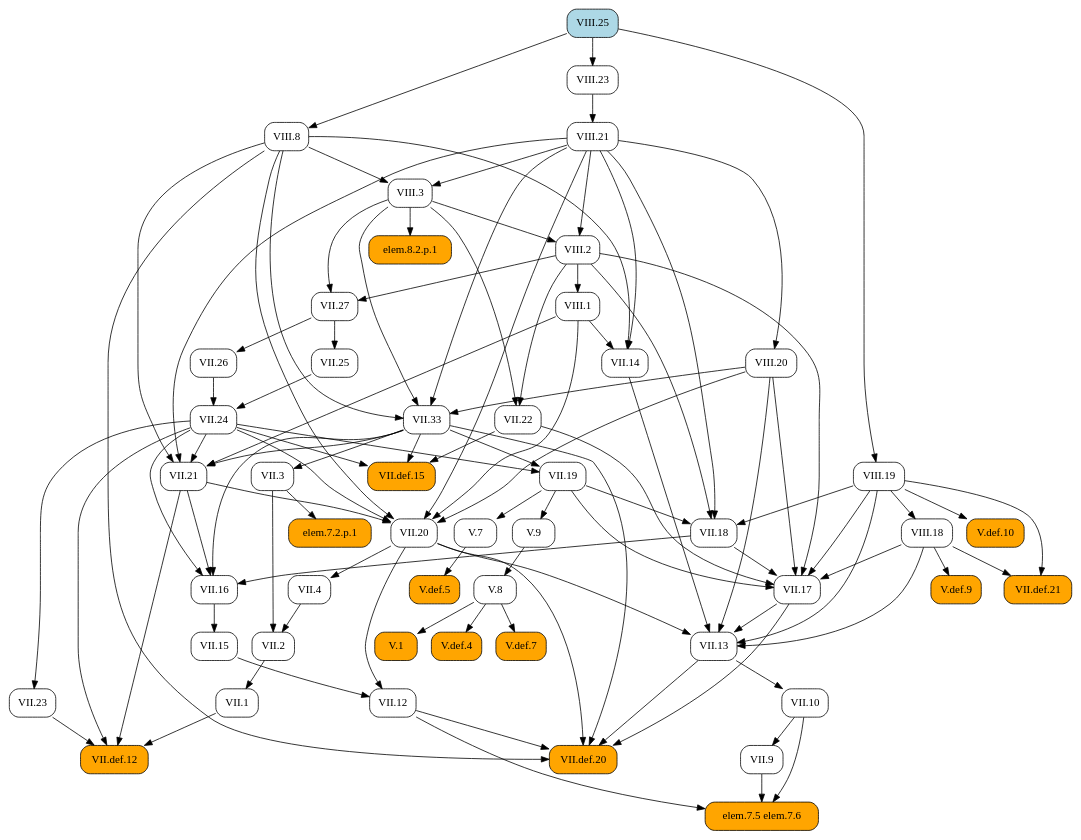
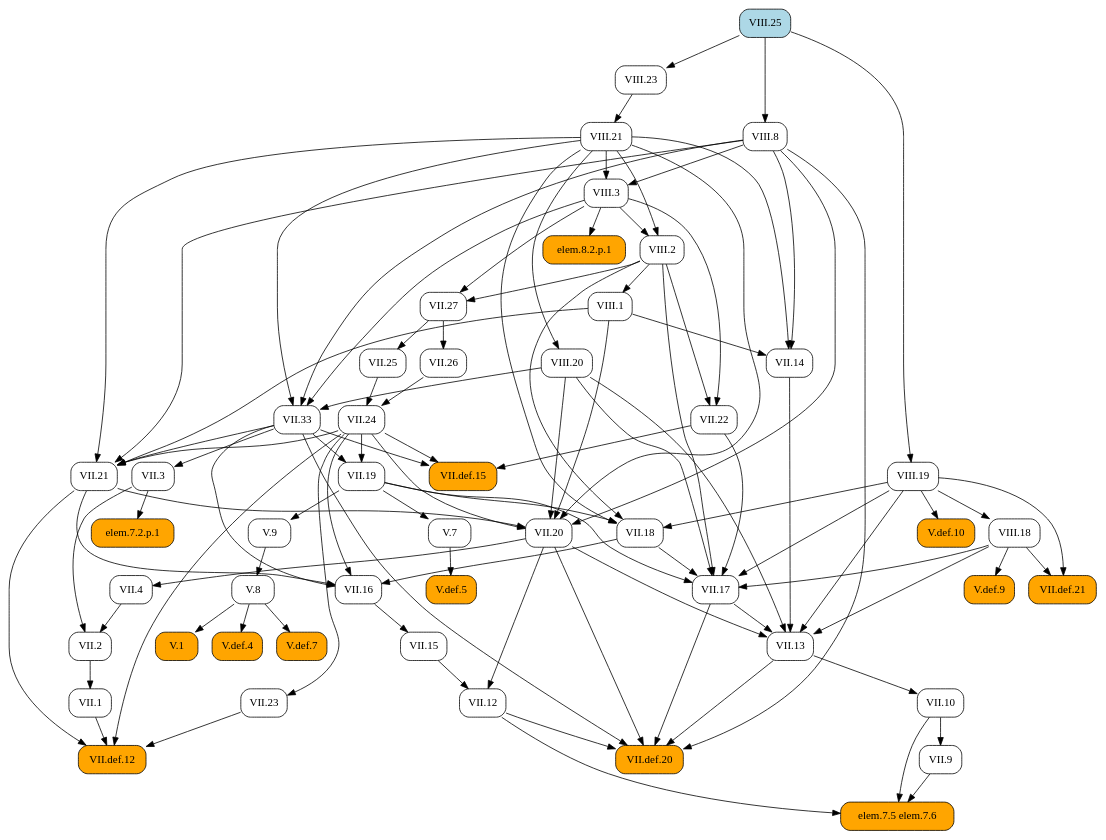
Before and after one commit to geometor/elements: the diagram in docsrc/heath/VIII/25/index.rst, drawn with Graphviz. The commit also changed other lines of this file and 1029 other files, not shown here.

```diff
--- a/docsrc/heath/VIII/25/index.rst
+++ b/docsrc/heath/VIII/25/index.rst
@@ -36,73 +36,105 @@
    digraph {
      rankdir="TB";
      node [shape=box, style=rounded];
-     "V.1" [style="rounded,filled", fillcolor=orange, URL="/heath/V/1/", target="_top"];
+     "VII.1" [URL="/heath/VII/1/", target="_top"];
+     "V.def.10" [style="rounded,filled", fillcolor=orange, URL="/heath/V/def.10/", target="_top"];
+     "VII.9" [URL="/heath/VII/9/", target="_top"];
+     "V.def.5" [style="rounded,filled", fillcolor=orange, URL="/heath/V/def.5/", target="_top"];
+     "VIII.23" [URL="/heath/VIII/23/", target="_top"];
+     "VII.17" [URL="/heath/VII/17/", target="_top"];
+     "VII.3" [URL="/heath/VII/3/", target="_top"];
+     "elem.7.5 elem.7.6" [style="rounded,filled", fillcolor=orange];
+     "VII.def.21" [style="rounded,filled", fillcolor=orange, URL="/heath/VII/def.21/", target="_top"];
      "VIII.21" [URL="/heath/VIII/21/", target="_top"];
+     "V.7" [URL="/heath/V/7/", target="_top"];
+     "VIII.19" [URL="/heath/VIII/19/", target="_top"];
+     "VIII.25" [style="rounded,filled", fillcolor=lightblue, URL="/heath/VIII/25/", target="_top"];
+     "V.9" [URL="/heath/V/9/", target="_top"];
+     "VII.13" [URL="/heath/VII/13/", target="_top"];
+     "VII.2" [URL="/heath/VII/2/", target="_top"];
+     "VIII.1" [URL="/heath/VIII/1/", target="_top"];
+     "VIII.2" [URL="/heath/VIII/2/", target="_top"];
      "VII.12" [URL="/heath/VII/12/", target="_top"];
-     "VII.14" [URL="/heath/VII/14/", target="_top"];
-     "VII.13" [URL="/heath/VII/13/", target="_top"];
-     "VII.16" [URL="/heath/VII/16/", target="_top"];
-     "V.def.4" [style="rounded,filled", fillcolor=orange, URL="/heath/V/def.4/", target="_top"];
+     "VII.24" [URL="/heath/VII/24/", target="_top"];
+     "VII.def.12" [style="rounded,filled", fillcolor=orange, URL="/heath/VII/def.12/", target="_top"];
+     "V.8" [URL="/heath/V/8/", target="_top"];
+     "VII.33" [URL="/heath/VII/33/", target="_top"];
+     "V.def.9" [style="rounded,filled", fillcolor=orange, URL="/heath/V/def.9/", target="_top"];
+     "elem.7.2.p.1" [style="rounded,filled", fillcolor=orange];
+     "VIII.18" [URL="/heath/VIII/18/", target="_top"];
+     "VII.10" [URL="/heath/VII/10/", target="_top"];
      "VII.def.15" [style="rounded,filled", fillcolor=orange, URL="/heath/VII/def.15/", target="_top"];
      "VII.18" [URL="/heath/VII/18/", target="_top"];
-     "V.8" [URL="/heath/V/8/", target="_top"];
+     "VII.19" [URL="/heath/VII/19/", target="_top"];
+     "VII.16" [URL="/heath/VII/16/", target="_top"];
+     "VII.26" [URL="/heath/VII/26/", target="_top"];
+     "VII.4" [URL="/heath/VII/4/", target="_top"];
+     "VII.25" [URL="/heath/VII/25/", target="_top"];
      "VII.21" [URL="/heath/VII/21/", target="_top"];
+     "V.1" [style="rounded,filled", fillcolor=orange, URL="/heath/V/1/", target="_top"];
+     "VII.20" [URL="/heath/VII/20/", target="_top"];
+     "VIII.8" [URL="/heath/VIII/8/", target="_top"];
+     "VII.14" [URL="/heath/VII/14/", target="_top"];
+     "VII.27" [URL="/heath/VII/27/", target="_top"];
+     "VIII.3" [URL="/heath/VIII/3/", target="_top"];
+     "V.def.4" [style="rounded,filled", fillcolor=orange, URL="/heath/V/def.4/", target="_top"];
+     "VII.22" [URL="/heath/VII/22/", target="_top"];
      "VIII.20" [URL="/heath/VIII/20/", target="_top"];
-     "V.7" [URL="/heath/V/7/", target="_top"];
-     "VII.def.12" [style="rounded,filled", fillcolor=orange, URL="/heath/VII/def.12/", target="_top"];
+     "V.def.7" [style="rounded,filled", fillcolor=orange, URL="/heath/V/def.7/", target="_top"];
+     "VII.23" [URL="/heath/VII/23/", target="_top"];
      "VII.15" [URL="/heath/VII/15/", target="_top"];
-     "VIII.18" [URL="/heath/VIII/18/", target="_top"];
-     "VII.2" [URL="/heath/VII/2/", target="_top"];
      "VII.def.20" [style="rounded,filled", fillcolor=orange, URL="/heath/VII/def.20/", target="_top"];
-     "VII.3" [URL="/heath/VII/3/", target="_top"];
-     "elem.7.5 elem.7.6" [style="rounded,filled", fillcolor=orange];
      "elem.8.2.p.1" [style="rounded,filled", fillcolor=orange];
-     "VII.10" [URL="/heath/VII/10/", target="_top"];
-     "VIII.23" [URL="/heath/VIII/23/", target="_top"];
-     "V.def.7" [style="rounded,filled", fillcolor=orange, URL="/heath/V/def.7/", target="_top"];
-     "V.def.9" [style="rounded,filled", fillcolor=orange, URL="/heath/V/def.9/", target="_top"];
-     "VII.20" [URL="/heath/VII/20/", target="_top"];
-     "VIII.19" [URL="/heath/VIII/19/", target="_top"];
-     "V.def.10" [style="rounded,filled", fillcolor=orange, URL="/heath/V/def.10/", target="_top"];
-     "VII.9" [URL="/heath/VII/9/", target="_top"];
-     "VIII.1" [URL="/heath/VIII/1/", target="_top"];
-     "VII.25" [URL="/heath/VII/25/", target="_top"];
-     "VII.23" [URL="/heath/VII/23/", target="_top"];
-     "VIII.8" [URL="/heath/VIII/8/", target="_top"];
-     "VII.27" [URL="/heath/VII/27/", target="_top"];
-     "VIII.2" [URL="/heath/VIII/2/", target="_top"];
-     "VII.24" [URL="/heath/VII/24/", target="_top"];
-     "VIII.3" [URL="/heath/VIII/3/", target="_top"];
-     "VII.19" [URL="/heath/VII/19/", target="_top"];
-     "VII.4" [URL="/heath/VII/4/", target="_top"];
-     "elem.7.2.p.1" [style="rounded,filled", fillcolor=orange];
-     "VIII.25" [style="rounded,filled", fillcolor=lightblue, URL="/heath/VIII/25/", target="_top"];
-     "V.9" [URL="/heath/V/9/", target="_top"];
-     "VII.26" [URL="/heath/VII/26/", target="_top"];
-     "VII.1" [URL="/heath/VII/1/", target="_top"];
-     "VII.22" [URL="/heath/VII/22/", target="_top"];
-     "VII.33" [URL="/heath/VII/33/", target="_top"];
-     "VII.def.21" [style="rounded,filled", fillcolor=orange, URL="/heath/VII/def.21/", target="_top"];
-     "V.def.5" [style="rounded,filled", fillcolor=orange, URL="/heath/V/def.5/", target="_top"];
-     "VII.17" [URL="/heath/VII/17/", target="_top"];
-     "V.8" -> "V.1";
+     "VII.2" -> "VII.1";
+     "VIII.19" -> "V.def.10";
+     "VII.10" -> "VII.9";
+     "V.7" -> "V.def.5";
+     "VIII.25" -> "VIII.23";
+     "VII.18" -> "VII.17";
+     "VII.19" -> "VII.17";
+     "VII.22" -> "VII.17";
+     "VIII.2" -> "VII.17";
+     "VIII.18" -> "VII.17";
+     "VIII.19" -> "VII.17";
+     "VIII.20" -> "VII.17";
+     "VII.33" -> "VII.3";
+     "VII.9" -> "elem.7.5 elem.7.6";
+     "VII.10" -> "elem.7.5 elem.7.6";
+     "VII.12" -> "elem.7.5 elem.7.6";
+     "VIII.18" -> "VII.def.21";
+     "VIII.19" -> "VII.def.21";
      "VIII.23" -> "VIII.21";
-     "VII.15" -> "VII.12";
-     "VII.20" -> "VII.12";
-     "VIII.1" -> "VII.14";
-     "VIII.8" -> "VII.14";
-     "VIII.21" -> "VII.14";
+     "VII.19" -> "V.7";
+     "VIII.25" -> "VIII.19";
+     "VII.19" -> "V.9";
      "VII.14" -> "VII.13";
      "VII.17" -> "VII.13";
      "VII.20" -> "VII.13";
      "VIII.18" -> "VII.13";
      "VIII.19" -> "VII.13";
      "VIII.20" -> "VII.13";
-     "VII.18" -> "VII.16";
-     "VII.21" -> "VII.16";
-     "VII.24" -> "VII.16";
-     "VII.33" -> "VII.16";
-     "V.8" -> "V.def.4";
+     "VII.3" -> "VII.2";
+     "VII.4" -> "VII.2";
+     "VIII.2" -> "VIII.1";
+     "VIII.3" -> "VIII.2";
+     "VIII.21" -> "VIII.2";
+     "VII.15" -> "VII.12";
+     "VII.20" -> "VII.12";
+     "VII.25" -> "VII.24";
+     "VII.26" -> "VII.24";
+     "VII.1" -> "VII.def.12";
+     "VII.21" -> "VII.def.12";
+     "VII.23" -> "VII.def.12";
+     "VII.24" -> "VII.def.12";
+     "V.9" -> "V.8";
+     "VIII.3" -> "VII.33";
+     "VIII.8" -> "VII.33";
+     "VIII.20" -> "VII.33";
+     "VIII.21" -> "VII.33";
+     "VIII.18" -> "V.def.9";
+     "VII.3" -> "elem.7.2.p.1";
+     "VIII.19" -> "VIII.18";
+     "VII.13" -> "VII.10";
      "VII.22" -> "VII.def.15";
      "VII.24" -> "VII.def.15";
      "VII.33" -> "VII.def.15";
@@ -110,79 +142,47 @@
      "VIII.2" -> "VII.18";
      "VIII.19" -> "VII.18";
      "VIII.21" -> "VII.18";
-     "V.9" -> "V.8";
+     "VII.24" -> "VII.19";
+     "VII.33" -> "VII.19";
+     "VII.18" -> "VII.16";
+     "VII.21" -> "VII.16";
+     "VII.24" -> "VII.16";
+     "VII.33" -> "VII.16";
+     "VII.27" -> "VII.26";
+     "VII.20" -> "VII.4";
+     "VII.27" -> "VII.25";
      "VII.24" -> "VII.21";
      "VII.33" -> "VII.21";
      "VIII.1" -> "VII.21";
      "VIII.8" -> "VII.21";
      "VIII.21" -> "VII.21";
+     "V.8" -> "V.1";
+     "VII.21" -> "VII.20";
+     "VII.24" -> "VII.20";
+     "VIII.1" -> "VII.20";
+     "VIII.8" -> "VII.20";
+     "VIII.20" -> "VII.20";
+     "VIII.21" -> "VII.20";
+     "VIII.25" -> "VIII.8";
+     "VIII.1" -> "VII.14";
+     "VIII.8" -> "VII.14";
+     "VIII.21" -> "VII.14";
+     "VIII.2" -> "VII.27";
+     "VIII.3" -> "VII.27";
+     "VIII.8" -> "VIII.3";
+     "VIII.21" -> "VIII.3";
+     "V.8" -> "V.def.4";
+     "VIII.2" -> "VII.22";
+     "VIII.3" -> "VII.22";
      "VIII.21" -> "VIII.20";
-     "VII.19" -> "V.7";
-     "VII.1" -> "VII.def.12";
-     "VII.21" -> "VII.def.12";
-     "VII.23" -> "VII.def.12";
-     "VII.24" -> "VII.def.12";
+     "V.8" -> "V.def.7";
+     "VII.24" -> "VII.23";
      "VII.16" -> "VII.15";
-     "VIII.19" -> "VIII.18";
-     "VII.3" -> "VII.2";
-     "VII.4" -> "VII.2";
      "VII.12" -> "VII.def.20";
      "VII.13" -> "VII.def.20";
      "VII.17" -> "VII.def.20";
      "VII.20" -> "VII.def.20";
      "VII.33" -> "VII.def.20";
      "VIII.8" -> "VII.def.20";
-     "VII.33" -> "VII.3";
-     "VII.9" -> "elem.7.5 elem.7.6";
-     "VII.10" -> "elem.7.5 elem.7.6";
-     "VII.12" -> "elem.7.5 elem.7.6";
      "VIII.3" -> "elem.8.2.p.1";
-     "VII.13" -> "VII.10";
-     "VIII.25" -> "VIII.23";
-     "V.8" -> "V.def.7";
-     "VIII.18" -> "V.def.9";
-     "VII.21" -> "VII.20";
-     "VII.24" -> "VII.20";
-     "VIII.1" -> "VII.20";
-     "VIII.8" -> "VII.20";
-     "VIII.20" -> "VII.20";
-     "VIII.21" -> "VII.20";
-     "VIII.25" -> "VIII.19";
-     "VIII.19" -> "V.def.10";
-     "VII.10" -> "VII.9";
-     "VIII.2" -> "VIII.1";
-     "VII.27" -> "VII.25";
-     "VII.24" -> "VII.23";
-     "VIII.25" -> "VIII.8";
-     "VIII.2" -> "VII.27";
-     "VIII.3" -> "VII.27";
-     "VIII.3" -> "VIII.2";
-     "VIII.21" -> "VIII.2";
-     "VII.25" -> "VII.24";
-     "VII.26" -> "VII.24";
-     "VIII.8" -> "VIII.3";
-     "VIII.21" -> "VIII.3";
-     "VII.24" -> "VII.19";
-     "VII.33" -> "VII.19";
-     "VII.20" -> "VII.4";
-     "VII.3" -> "elem.7.2.p.1";
-     "VII.19" -> "V.9";
-     "VII.27" -> "VII.26";
-     "VII.2" -> "VII.1";
-     "VIII.2" -> "VII.22";
-     "VIII.3" -> "VII.22";
-     "VIII.3" -> "VII.33";
-     "VIII.8" -> "VII.33";
-     "VIII.20" -> "VII.33";
-     "VIII.21" -> "VII.33";
-     "VIII.18" -> "VII.def.21";
-     "VIII.19" -> "VII.def.21";
-     "V.7" -> "V.def.5";
-     "VII.18" -> "VII.17";
-     "VII.19" -> "VII.17";
-     "VII.22" -> "VII.17";
-     "VIII.2" -> "VII.17";
-     "VIII.18" -> "VII.17";
-     "VIII.19" -> "VII.17";
-     "VIII.20" -> "VII.17";
    }
```
